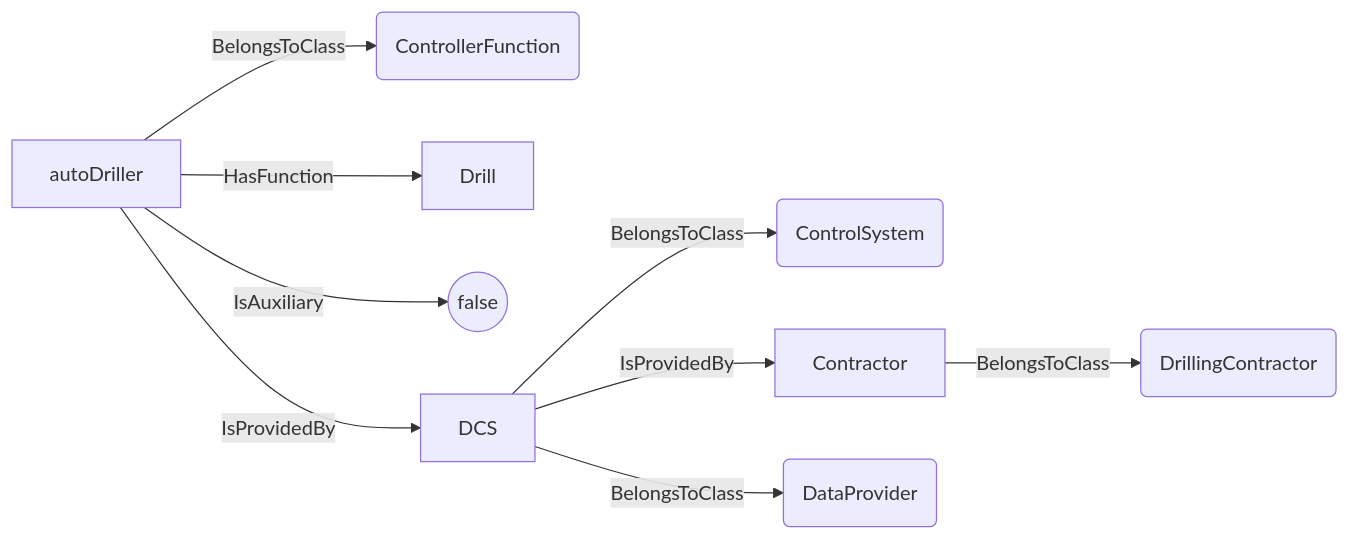
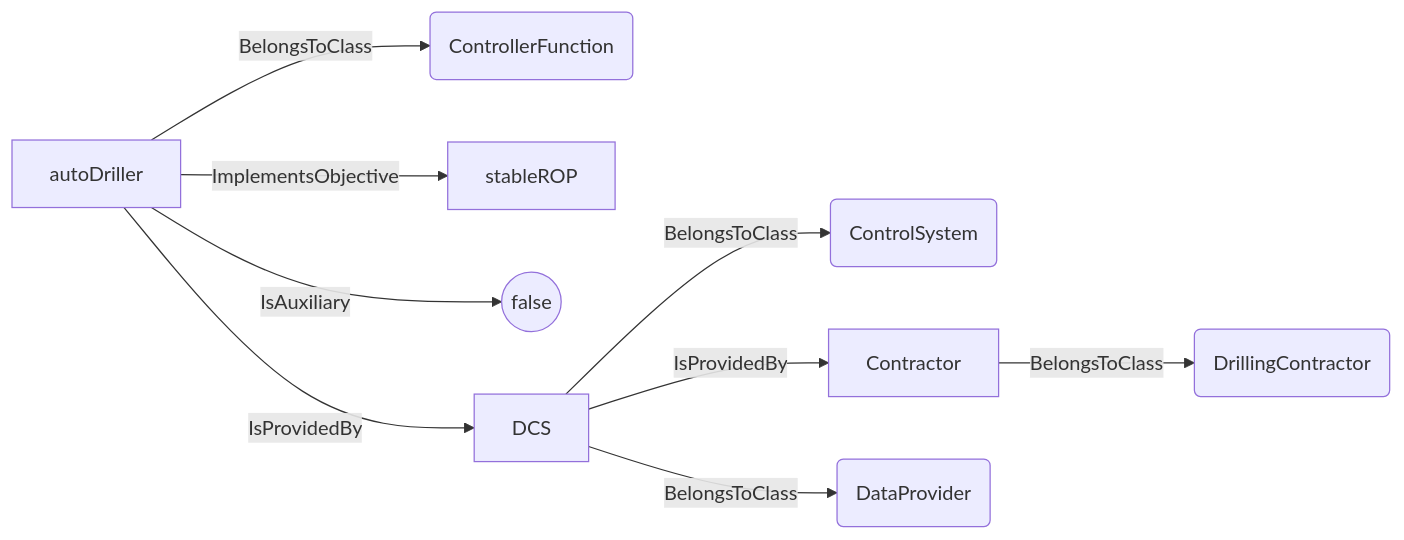
One commit to D-WIS/DDHub-Semantic-Interoperability changed the fourth of 20 diagrams in docs/vocabulary_development/auto-generated/md/definition-files/ADCS.md. Above: the diagram before and after it, drawn with Mermaid. The commit also changed other lines of this file and 16 other files, not shown here.

````diff
--- a/docs/vocabulary_development/auto-generated/md/definition-files/ADCS.md
+++ b/docs/vocabulary_development/auto-generated/md/definition-files/ADCS.md
@@ -142,11 +138,11 @@
 ```mermaid
 graph LR
 	N0000[autoDriller] -->|BelongsToClass| N0001(ControllerFunction) 
-	N0000[autoDriller] -->|HasFunction| N0002["Drill"] 
+	N0000[autoDriller] -->|ImplementsObjective| N0002[stableROP] 
 	N0000[autoDriller] -->|IsAuxiliary| N0003((false)) 
 	N0004[DCS] -->|BelongsToClass| N0005(ControlSystem) 
 	N0006[Contractor] -->|BelongsToClass| N0007(DrillingContractor) 
 	N0004[DCS] -->|IsProvidedBy| N0006[Contractor] 
 	N0004[DCS] -->|BelongsToClass| N0008(DataProvider) 
 	N0000[autoDriller] -->|IsProvidedBy| N0004[DCS] 
 ```
````
